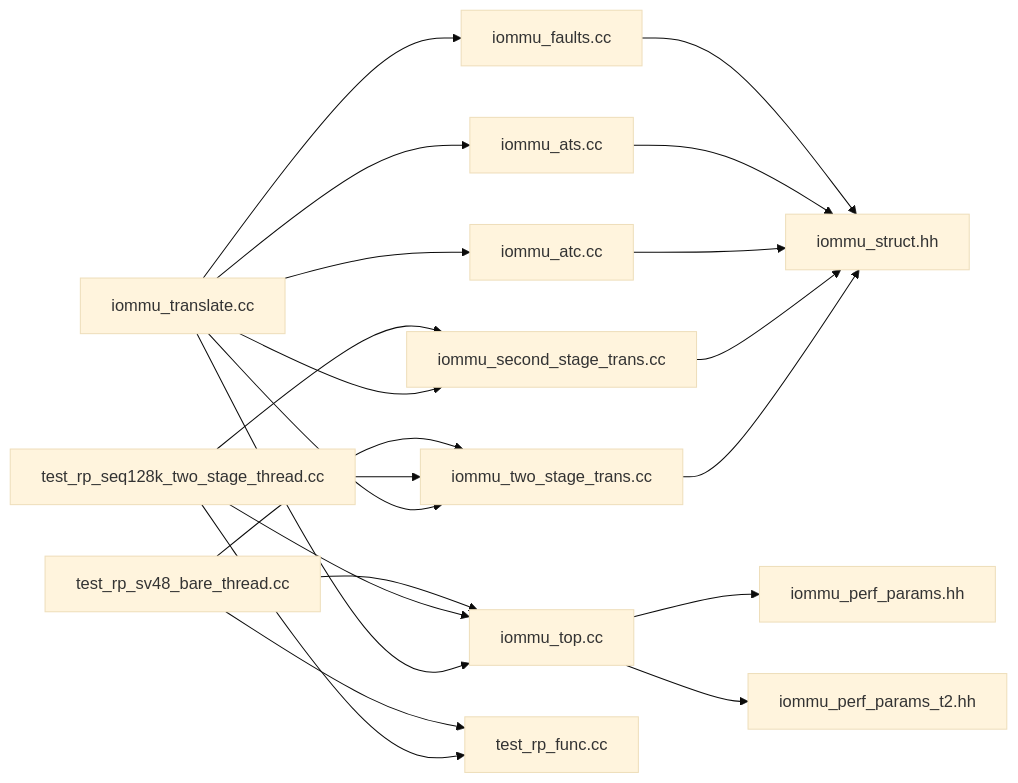
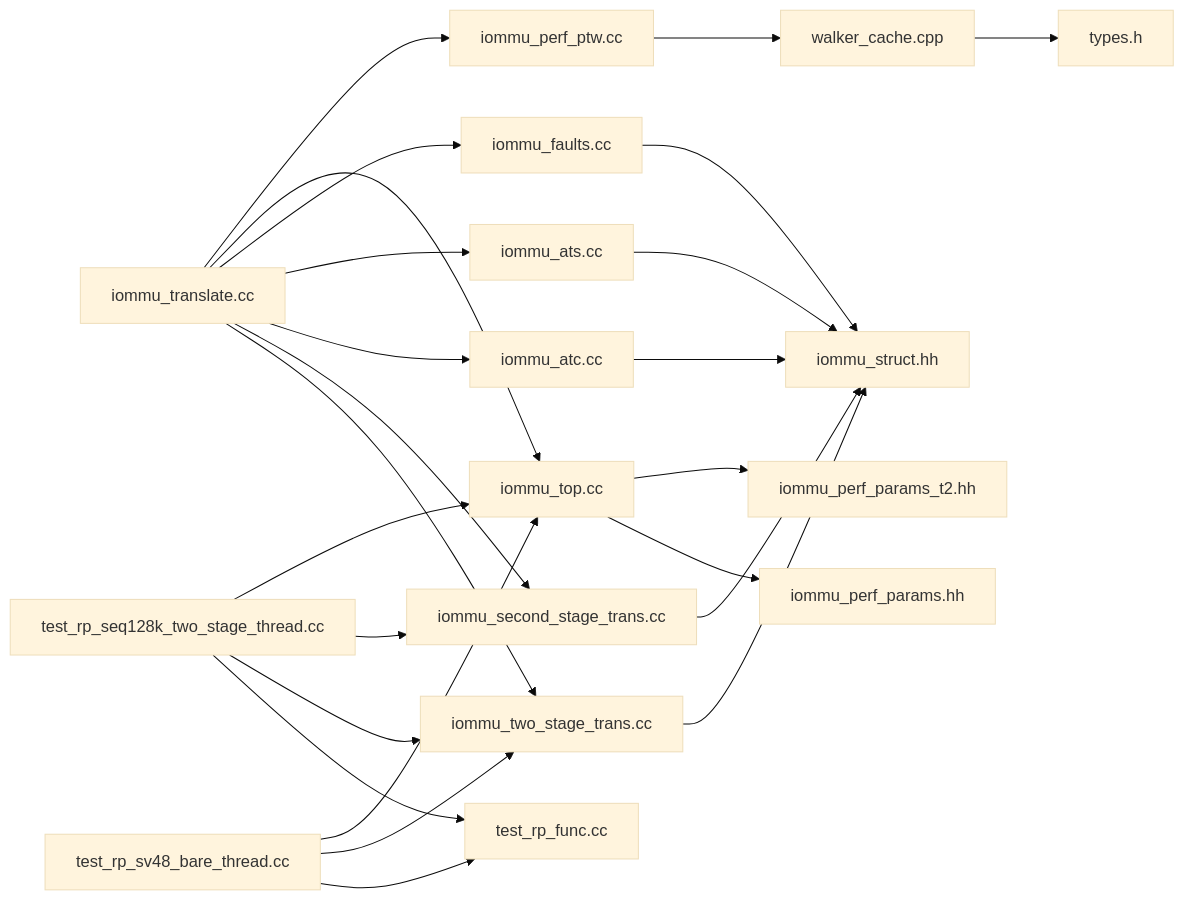
The tenth of 10 diagrams in .qoder/repowiki/zh/content/IOMMU核心功能/地址转换引擎.md (jiangjiang1122/iommu_model_20260401_v1), drawn with Mermaid (base theme) before and after one commit. The commit also changed other lines of this file and 55 other files, not shown here.

First line of the commit message:
perf(iommu): 去重单元机制v2全场景落地 严格优先仲裁UPD>INS>REQ + UPDATE可变原子段

````diff
--- a/.qoder/repowiki/zh/content/IOMMU核心功能/地址转换引擎.md
+++ b/.qoder/repowiki/zh/content/IOMMU核心功能/地址转换引擎.md
@@ -512,23 +560,26 @@
 ```mermaid
 graph LR
 Translate["iommu_translate.cc"] --> TwoStage["iommu_two_stage_trans.cc"]
 Translate --> SecondStage["iommu_second_stage_trans.cc"]
 Translate --> ATC["iommu_atc.cc"]
 Translate --> ATS["iommu_ats.cc"]
 Translate --> Fault["iommu_faults.cc"]
 Translate --> Top["iommu_top.cc"]
+Translate --> PerfPTW["iommu_perf_ptw.cc"]
 TwoStage --> Struct["iommu_struct.hh"]
 SecondStage --> Struct
 ATC --> Struct
 ATS --> Struct
 Fault --> Struct
 Top --> PerfParams["iommu_perf_params.hh"]
 Top --> PerfParamsT2["iommu_perf_params_t2.hh"]
+PerfPTW --> WalkerCache["walker_cache.cpp"]
+WalkerCache --> Types["types.h"]
 TestRP["test_rp_seq128k_two_stage_thread.cc"] --> TestFunc["test_rp_func.cc"]
 TestRP --> TwoStage
 TestRP --> SecondStage
 TestSV48["test_rp_sv48_bare_thread.cc"] --> TestFunc
 TestSV48 --> TwoStage
 TestRP --> Top
 TestSV48 --> Top
 ```
````
